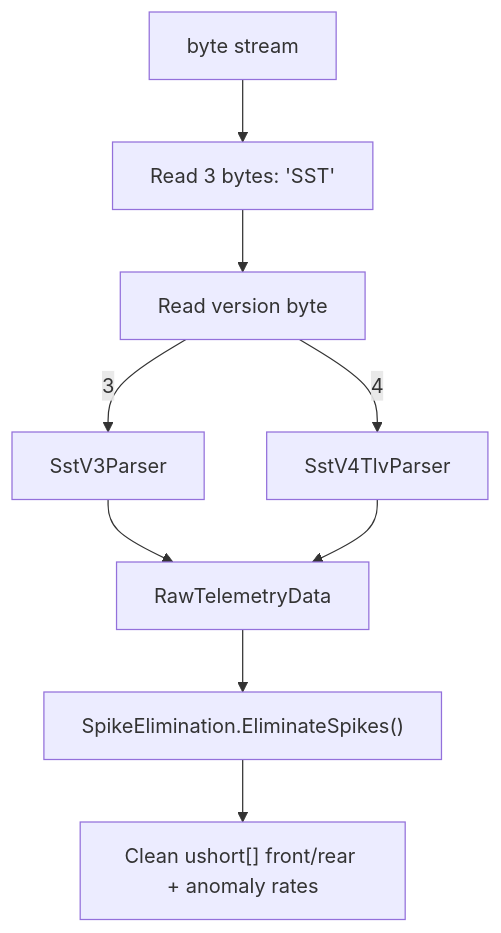
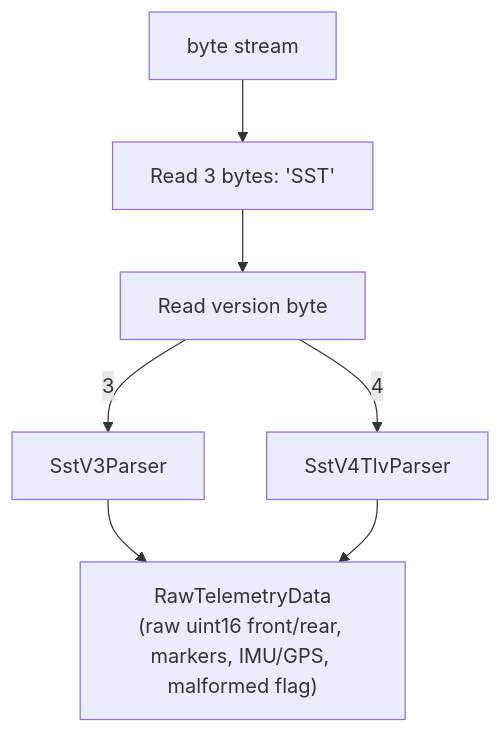
Before and after one commit to MoridinBG/Sufni.app: the second of 2 diagrams in docs/architecture/acquisition.md, drawn with Mermaid. The commit also changed other lines of this file and 10 other files, not shown here.

````diff
--- a/docs/architecture/acquisition.md
+++ b/docs/architecture/acquisition.md
@@ -89,11 +91,9 @@
 ```mermaid
 graph TD
     Stream["byte stream"] --> Magic["Read 3 bytes: 'SST'"]
     Magic --> Version["Read version byte"]
     Version -->|"3"| V3["SstV3Parser"]
     Version -->|"4"| V4["SstV4TlvParser"]
-    V3 --> RawTD["RawTelemetryData"]
+    V3 --> RawTD["RawTelemetryData<br/>(raw uint16 front/rear, markers, IMU/GPS, malformed flag)"]
     V4 --> RawTD
-    RawTD --> Spike["SpikeElimination.EliminateSpikes()"]
-    Spike --> Clean["Clean ushort[] front/rear + anomaly rates"]
 ```
````
